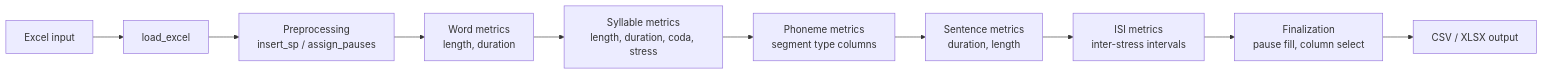
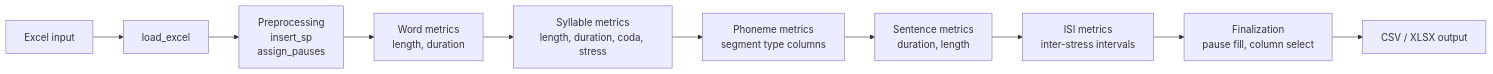
The second of 2 diagrams in README.md (YLashchev/IPA_parser), drawn with Mermaid before and after one commit. The commit also changed other lines of this file, not shown here.

Commit message:
docs(readme): apply manual edits

````diff
--- a/README.md
+++ b/README.md
@@ -195,12 +195,12 @@
 ```mermaid
 flowchart LR
     IN[Excel input] --> LOAD[load_excel]
-    LOAD --> PRE[Preprocessing\ninsert_sp / assign_pauses]
-    PRE --> WORD[Word metrics\nlength, duration]
-    WORD --> SYLL[Syllable metrics\nlength, duration, coda, stress]
-    SYLL --> PHON[Phoneme metrics\nsegment type columns]
-    PHON --> SENT[Sentence metrics\nduration, length]
-    SENT --> ISI[ISI metrics\ninter-stress intervals]
-    ISI --> FIN[Finalization\npause fill, column select]
+    LOAD --> PRE[Preprocessing<br>insert_sp<br> assign_pauses]
+    PRE --> WORD[Word metrics<br>length, duration]
+    WORD --> SYLL[Syllable metrics<br>length, duration, coda, stress]
+    SYLL --> PHON[Phoneme metrics<br>segment type columns]
+    PHON --> SENT[Sentence metrics<br>duration, length]
+    SENT --> ISI[ISI metrics<br>inter-stress intervals]
+    ISI --> FIN[Finalization<br>pause fill, column select]
     FIN --> OUT[CSV / XLSX output]
 ```
````
